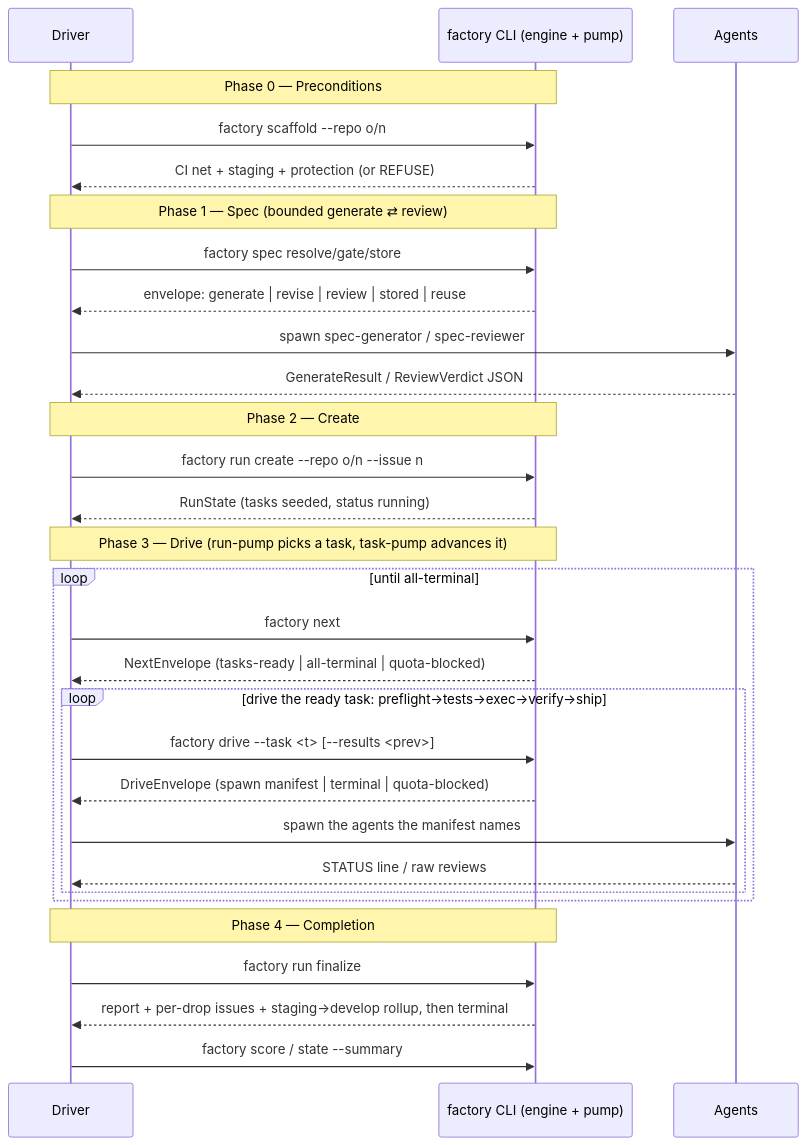
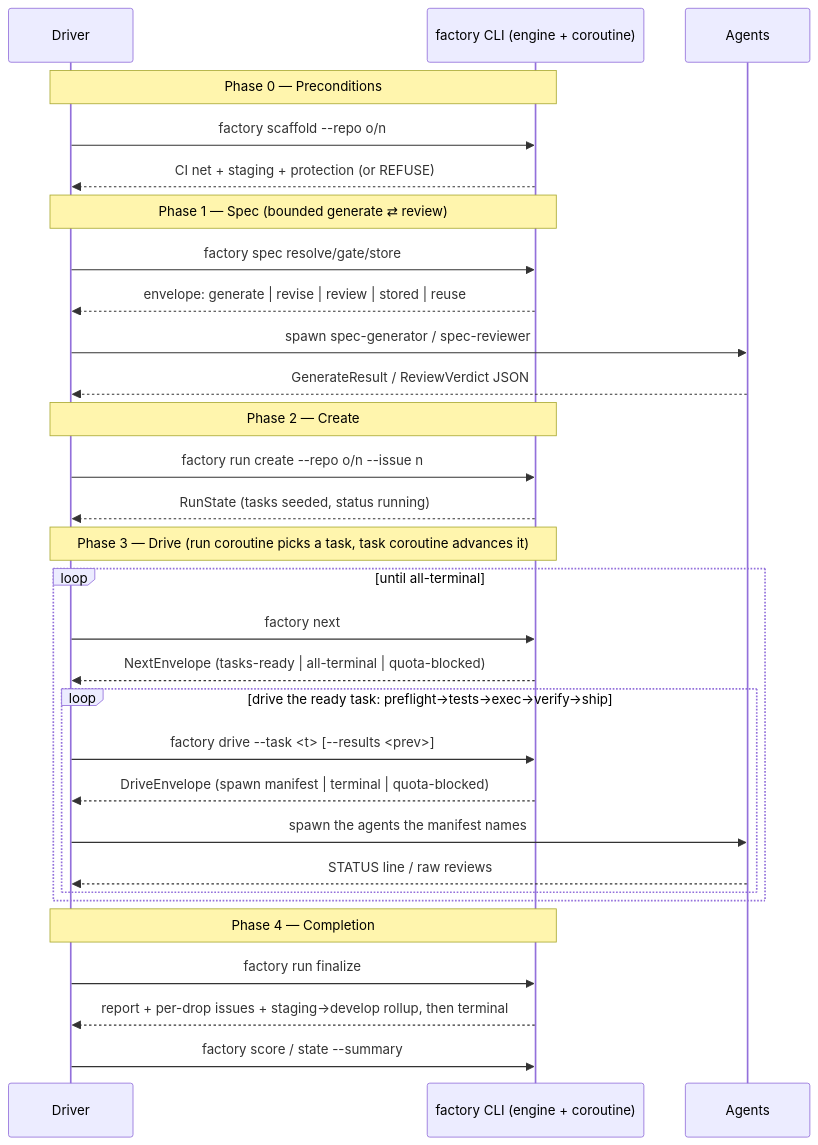
The third of 3 diagrams in docs/architecture/overview.md (jfa94/factory), drawn with Mermaid before and after one commit. The commit also changed other lines of this file and 48 other files, not shown here.

First line of the commit message:
refactor(seam): rename pump → coroutine/step

````diff
--- a/docs/architecture/overview.md
+++ b/docs/architecture/overview.md
@@ -97,37 +97,37 @@
 ```mermaid
 sequenceDiagram
   participant O as Driver
-  participant CLI as factory CLI (engine + pump)
+  participant CLI as factory CLI (engine + coroutine)
   participant A as Agents
 
   Note over O,CLI: Phase 0 — Preconditions
   O->>CLI: factory scaffold --repo o/n
   CLI-->>O: CI net + staging + protection (or REFUSE)
 
   Note over O,CLI: Phase 1 — Spec (bounded generate ⇄ review)
   O->>CLI: factory spec resolve/gate/store
   CLI-->>O: envelope: generate | revise | review | stored | reuse
   O->>A: spawn spec-generator / spec-reviewer
   A-->>O: GenerateResult / ReviewVerdict JSON
 
   Note over O,CLI: Phase 2 — Create
   O->>CLI: factory run create --repo o/n --issue n
   CLI-->>O: RunState (tasks seeded, status running)
 
-  Note over O,CLI: Phase 3 — Drive (run-pump picks a task, task-pump advances it)
+  Note over O,CLI: Phase 3 — Drive (run coroutine picks a task, task coroutine advances it)
   loop until all-terminal
     O->>CLI: factory next
     CLI-->>O: NextEnvelope (tasks-ready | all-terminal | quota-blocked)
     loop drive the ready task: preflight→tests→exec→verify→ship
       O->>CLI: factory drive --task <t> [--results <prev>]
       CLI-->>O: DriveEnvelope (spawn manifest | terminal | quota-blocked)
       O->>A: spawn the agents the manifest names
       A-->>O: STATUS line / raw reviews
     end
   end
 
   Note over O,CLI: Phase 4 — Completion
   O->>CLI: factory run finalize
   CLI-->>O: report + per-drop issues + staging→develop rollup, then terminal
   O->>CLI: factory score / state --summary
 ```
````
